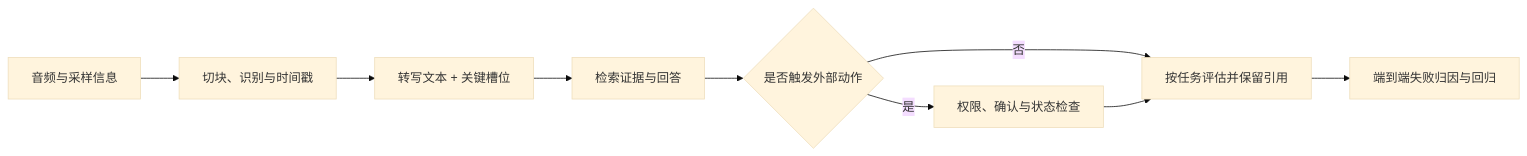
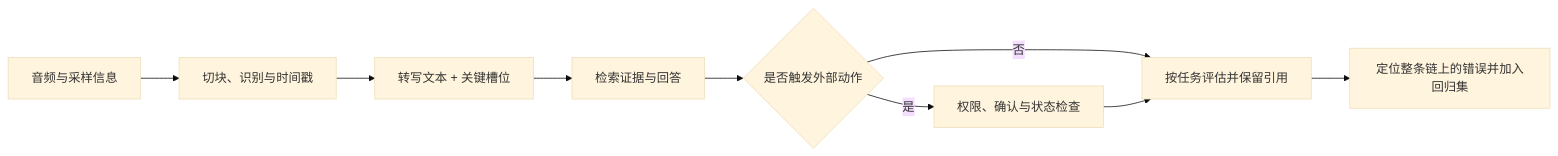
The first of 2 diagrams in book-03-practical-handbook/chapters/13-语音识别与问答实战.md (ChanChiChoi/llm-from-zero-to-interview), drawn with Mermaid (base theme) before and after one commit. The commit also changed other lines of this file and 78 other files, not shown here.

````diff
--- a/book-03-practical-handbook/chapters/13-语音识别与问答实战.md
+++ b/book-03-practical-handbook/chapters/13-语音识别与问答实战.md
@@ -9,11 +9,11 @@
 ```mermaid
 flowchart LR
     A["音频与采样信息"] --> B["切块、识别与时间戳"]
     B --> C["转写文本 + 关键槽位"]
     C --> D["检索证据与回答"]
     D --> E{"是否触发外部动作"}
     E -->|"否"| F["按任务评估并保留引用"]
     E -->|"是"| G["权限、确认与状态检查"]
     G --> F
-    F --> H["端到端失败归因与回归"]
+    F --> H["定位整条链上的错误并加入回归集"]
 ```
````
